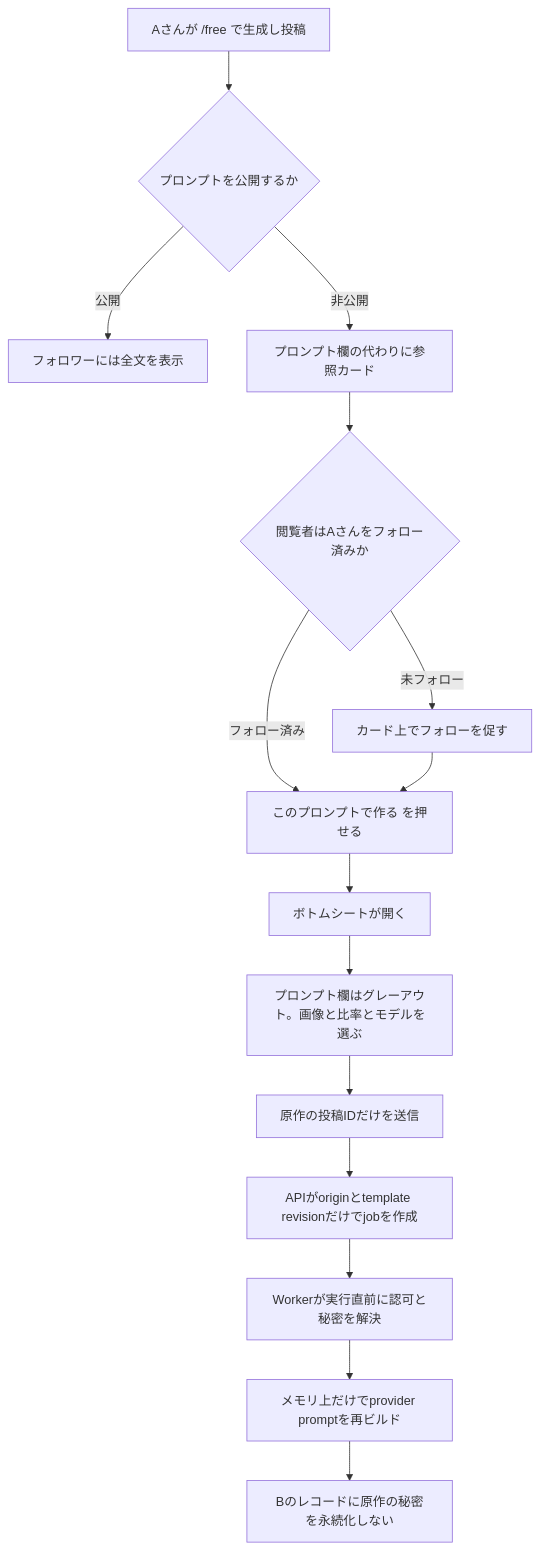
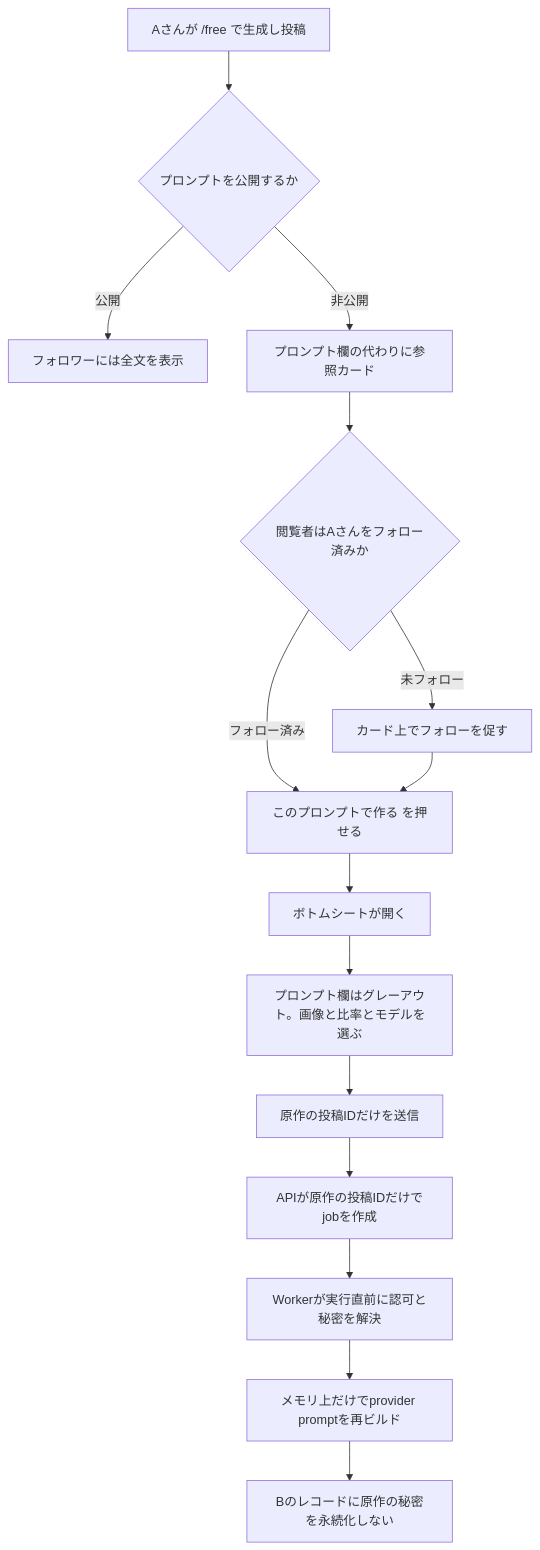
The second of 6 diagrams in docs/planning/free-prompt-private-mode-implementation-plan.md (3balljugglerYu/ai_coordinate), drawn with Mermaid before and after one commit. The commit also changed other lines of this file and 9 other files, not shown here.

````diff
--- a/docs/planning/free-prompt-private-mode-implementation-plan.md
+++ b/docs/planning/free-prompt-private-mode-implementation-plan.md
@@ -240,17 +240,17 @@
 ```mermaid
 flowchart TD
     A["Aさんが /free で生成し投稿"] --> B{"プロンプトを公開するか"}
     B -->|公開| C["フォロワーには全文を表示"]
     B -->|非公開| D["プロンプト欄の代わりに参照カード"]
     D --> E{"閲覧者はAさんをフォロー済みか"}
     E -->|未フォロー| F["カード上でフォローを促す"]
     E -->|フォロー済み| G["このプロンプトで作る を押せる"]
     F --> G
     G --> H["ボトムシートが開く"]
     H --> I["プロンプト欄はグレーアウト。画像と比率とモデルを選ぶ"]
     I --> J["原作の投稿IDだけを送信"]
-    J --> K["APIがoriginとtemplate revisionだけでjobを作成"]
+    J --> K["APIが原作の投稿IDだけでjobを作成"]
     K --> L["Workerが実行直前に認可と秘密を解決"]
     L --> M["メモリ上だけでprovider promptを再ビルド"]
     M --> N["Bのレコードに原作の秘密を永続化しない"]
 ```
````
